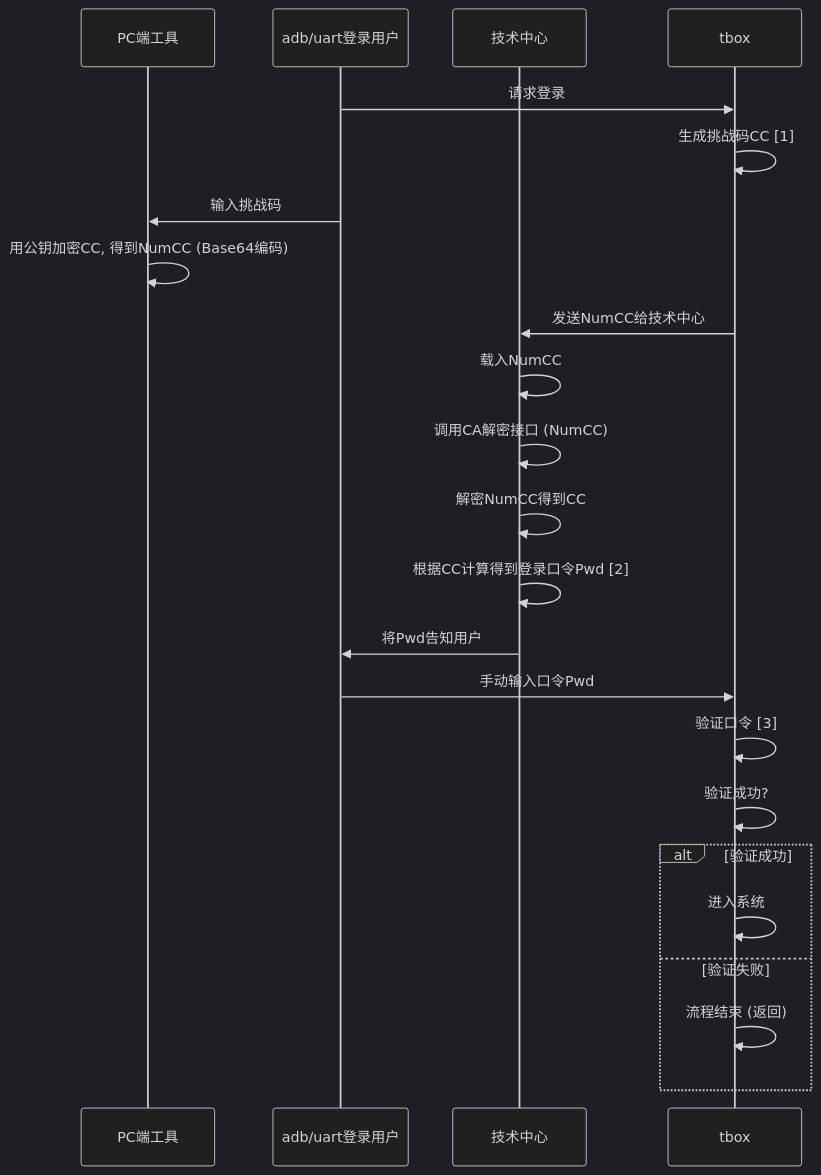
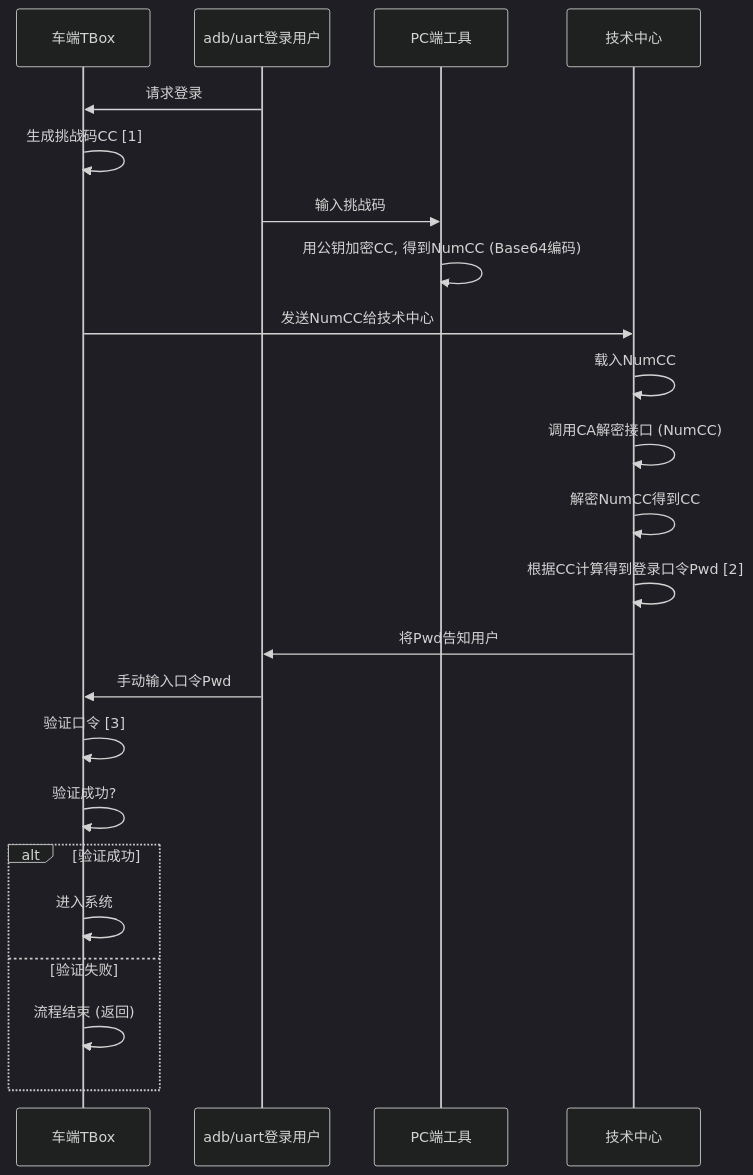
Before and after one commit to facebook-cloud/iodraw-files: the diagram in all/未命名-13.md, drawn with Mermaid (dark theme).

Commit message:
2026-01-26 18:19:44 update

````diff
--- a/all/未命名-13.md
+++ b/all/未命名-13.md
@@ -1,30 +1,29 @@
 ```mermaid
 sequenceDiagram
-    
+    participant tbox as 车端TBox
+    participant user as adb/uart登录用户
     participant pc as PC端工具
-    participant user as adb/uart登录用户
-    
     participant tech_center as 技术中心
   
 
     user->>tbox: 请求登录
     tbox->>tbox: 生成挑战码CC [1]
     user->>pc: 输入挑战码
     pc->>pc: 用公钥加密CC, 得到NumCC (Base64编码)
     tbox->>tech_center: 发送NumCC给技术中心
     tech_center->>tech_center: 载入NumCC
     tech_center->>tech_center: 调用CA解密接口 (NumCC)
     tech_center->>tech_center: 解密NumCC得到CC
     tech_center->>tech_center: 根据CC计算得到登录口令Pwd [2]
     tech_center->>user: 将Pwd告知用户
     user->>tbox: 手动输入口令Pwd
     tbox->>tbox: 验证口令 [3]
     tbox->>tbox: 验证成功?
     alt 验证成功
         tbox->>tbox: 进入系统
     else 验证失败
         tbox->>tbox: 流程结束 (返回)
     end
 
 
 ```
````
